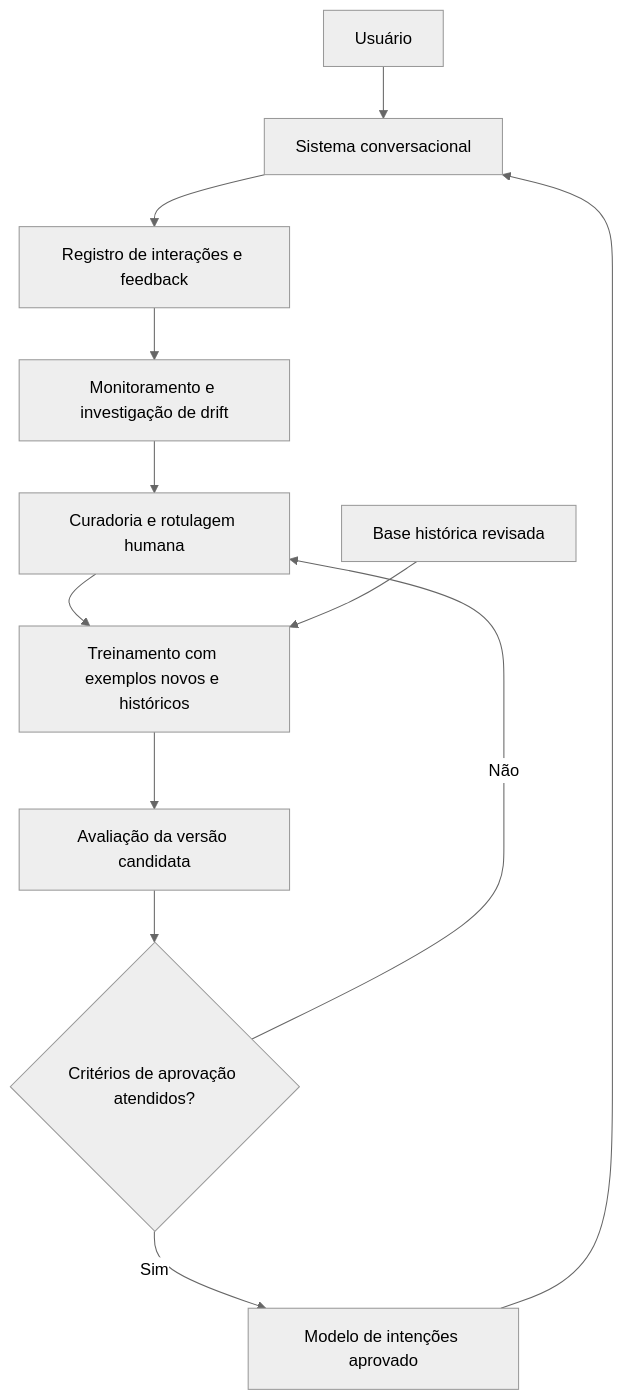
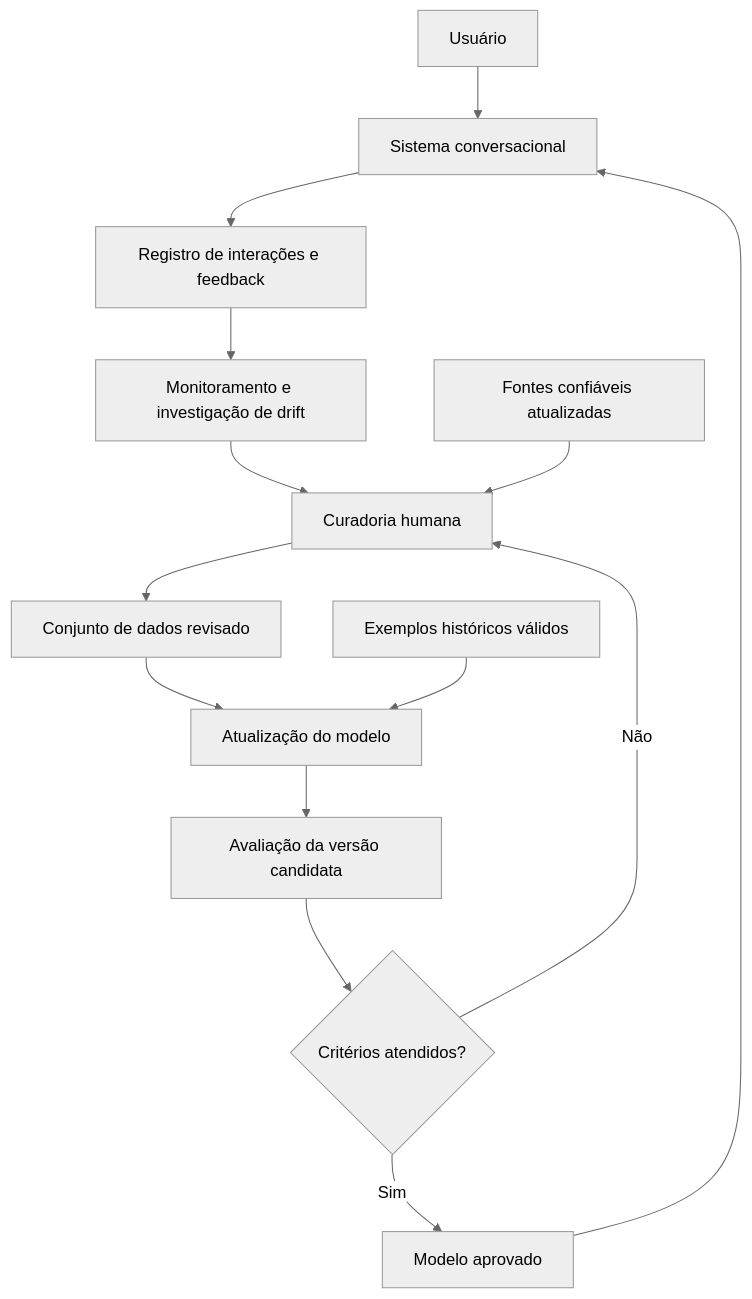
One commit to marianalreis/ponderada-aprendizado-continuo changed the diagram in README.md. Above: the diagram before and after it, drawn with Mermaid (neutral theme). The commit also changed other lines of this file, not shown here.

````diff
--- a/README.md
+++ b/README.md
@@ -19,14 +21,16 @@
 ```mermaid
 flowchart TD
     U[Usuário] --> C[Sistema conversacional]
-    M[Modelo de intenções aprovado] --> C
+    M[Modelo aprovado] --> C
     C --> R[Registro de interações e feedback]
     R --> D[Monitoramento e investigação de drift]
-    D --> H[Curadoria e rotulagem humana]
-    H --> T[Treinamento com exemplos novos e históricos]
-    B[Base histórica revisada] --> T
+    D --> H[Curadoria humana]
+    F[Fontes confiáveis atualizadas] --> H
+    H --> N[Conjunto de dados revisado]
+    N --> T[Atualização do modelo]
+    B[Exemplos históricos válidos] --> T
     T --> A[Avaliação da versão candidata]
-    A --> G{Critérios de aprovação atendidos?}
+    A --> G{Critérios atendidos?}
     G -->|Sim| M
     G -->|Não| H
 ```
````
